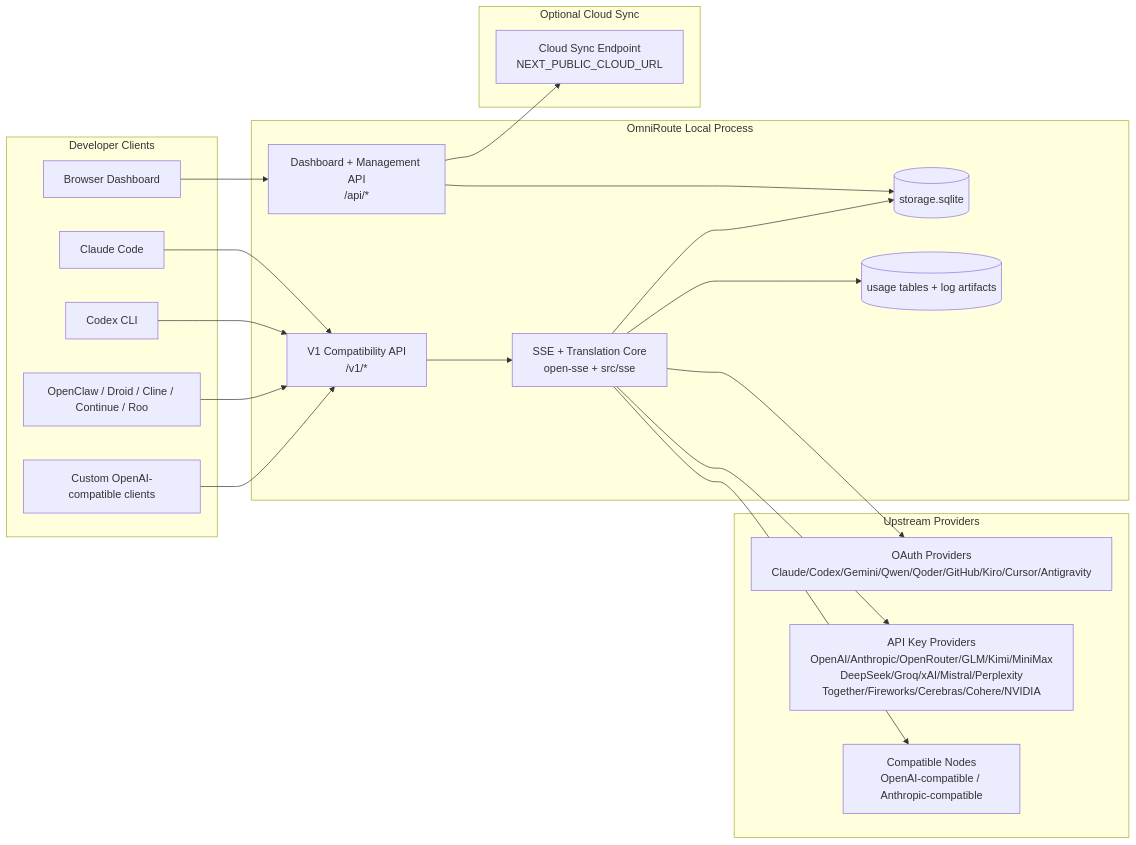
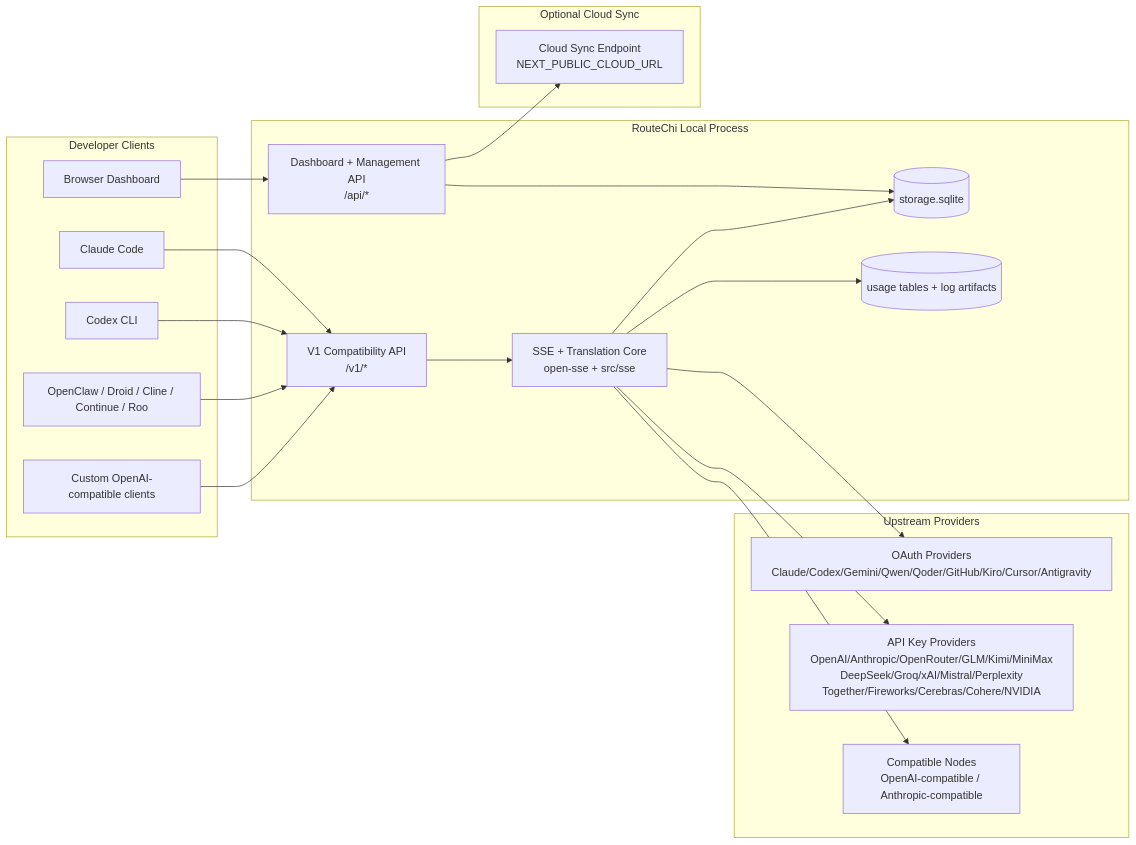
The first of 7 diagrams in docs/architecture/ARCHITECTURE.md (hooshidev3/OmniRoute), drawn with Mermaid before and after one commit. The commit also changed other lines of this file and 2079 other files, not shown here.

First line of the commit message:
feat(brand): rename all display strings OmniRoute → RouteChi (front-end + i18n + docs)

````diff
--- a/docs/architecture/ARCHITECTURE.md
+++ b/docs/architecture/ARCHITECTURE.md
@@ -159,45 +159,45 @@
 ```mermaid
 flowchart LR
     subgraph Clients[Developer Clients]
         C1[Claude Code]
         C2[Codex CLI]
         C3[OpenClaw / Droid / Cline / Continue / Roo]
         C4[Custom OpenAI-compatible clients]
         BROWSER[Browser Dashboard]
     end
 
-    subgraph Router[OmniRoute Local Process]
+    subgraph Router[RouteChi Local Process]
         API[V1 Compatibility API\n/v1/*]
         DASH[Dashboard + Management API\n/api/*]
         CORE[SSE + Translation Core\nopen-sse + src/sse]
         DB[(storage.sqlite)]
         UDB[(usage tables + log artifacts)]
     end
 
     subgraph Upstreams[Upstream Providers]
         P1[OAuth Providers\nClaude/Codex/Gemini/Qwen/Qoder/GitHub/Kiro/Cursor/Antigravity]
         P2[API Key Providers\nOpenAI/Anthropic/OpenRouter/GLM/Kimi/MiniMax\nDeepSeek/Groq/xAI/Mistral/Perplexity\nTogether/Fireworks/Cerebras/Cohere/NVIDIA]
         P3[Compatible Nodes\nOpenAI-compatible / Anthropic-compatible]
     end
 
     subgraph Cloud[Optional Cloud Sync]
         CLOUD[Cloud Sync Endpoint\nNEXT_PUBLIC_CLOUD_URL]
     end
 
     C1 --> API
     C2 --> API
     C3 --> API
     C4 --> API
     BROWSER --> DASH
 
     API --> CORE
     DASH --> DB
     CORE --> DB
     CORE --> UDB
 
     CORE --> P1
     CORE --> P2
     CORE --> P3
 
     DASH --> CLOUD
 ```
````
